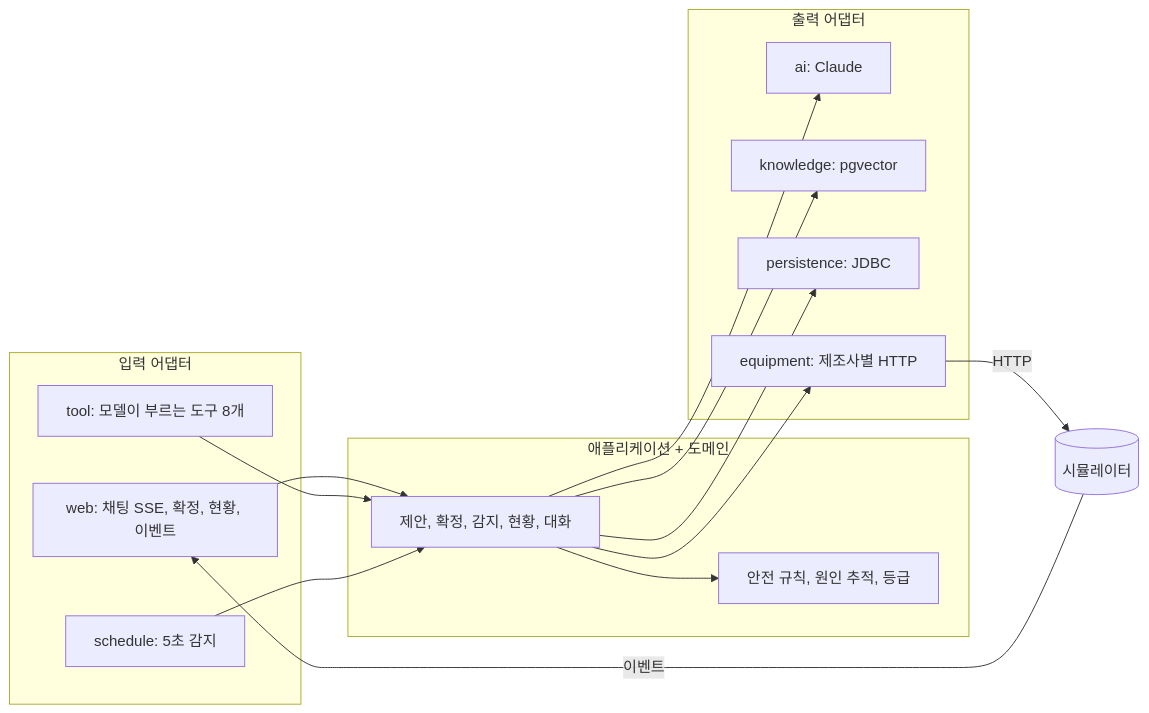
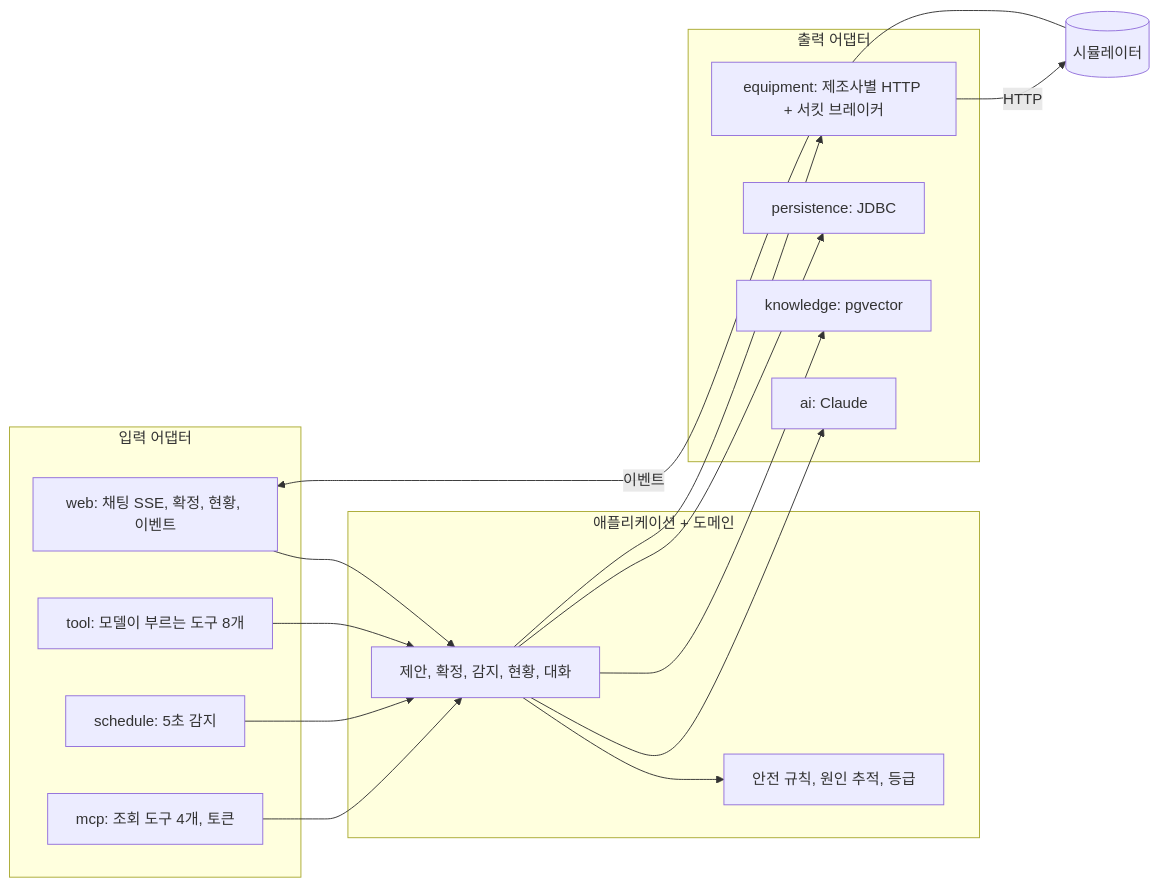
Before and after one commit to toyunity/ai-logistics-control-tower: the diagram in README.md, drawn with Mermaid. The commit also changed other lines of this file and 2 other files, not shown here.

````diff
--- a/README.md
+++ b/README.md
@@ -64,29 +73,31 @@
 ```mermaid
 flowchart LR
     subgraph IN[입력 어댑터]
         WEB[web: 채팅 SSE, 확정, 현황, 이벤트]
         TOOL[tool: 모델이 부르는 도구 8개]
         SCH[schedule: 5초 감지]
+        MCP[mcp: 조회 도구 4개, 토큰]
     end
     subgraph CORE[애플리케이션 + 도메인]
         SVC[제안, 확정, 감지, 현황, 대화]
         DOM[안전 규칙, 원인 추적, 등급]
     end
     subgraph OUT[출력 어댑터]
         AI[ai: Claude]
         KN[knowledge: pgvector]
         PER[persistence: JDBC]
-        EQ[equipment: 제조사별 HTTP]
+        EQ[equipment: 제조사별 HTTP + 서킷 브레이커]
     end
     SIM[(시뮬레이터)]
     WEB --> SVC
     TOOL --> SVC
     SCH --> SVC
+    MCP --> SVC
     SVC --> DOM
     SVC --> AI
     SVC --> KN
     SVC --> PER
     SVC --> EQ
     EQ -- HTTP --> SIM
     SIM -- 이벤트 --> WEB
 ```
````
